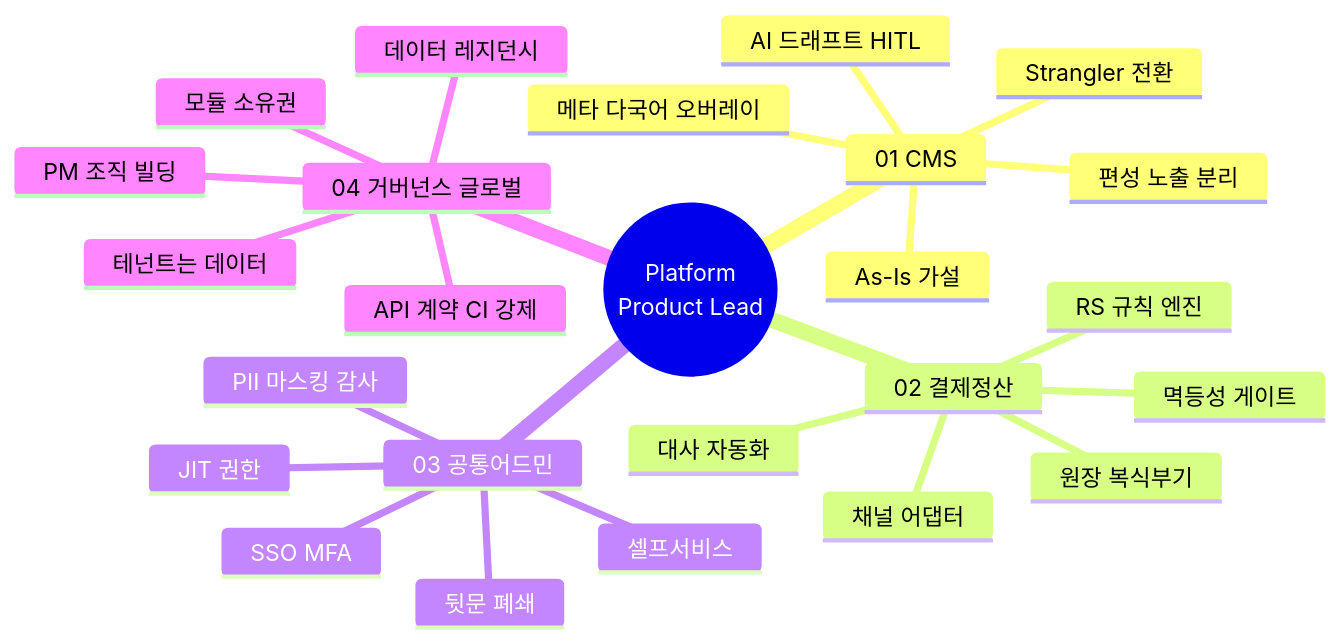
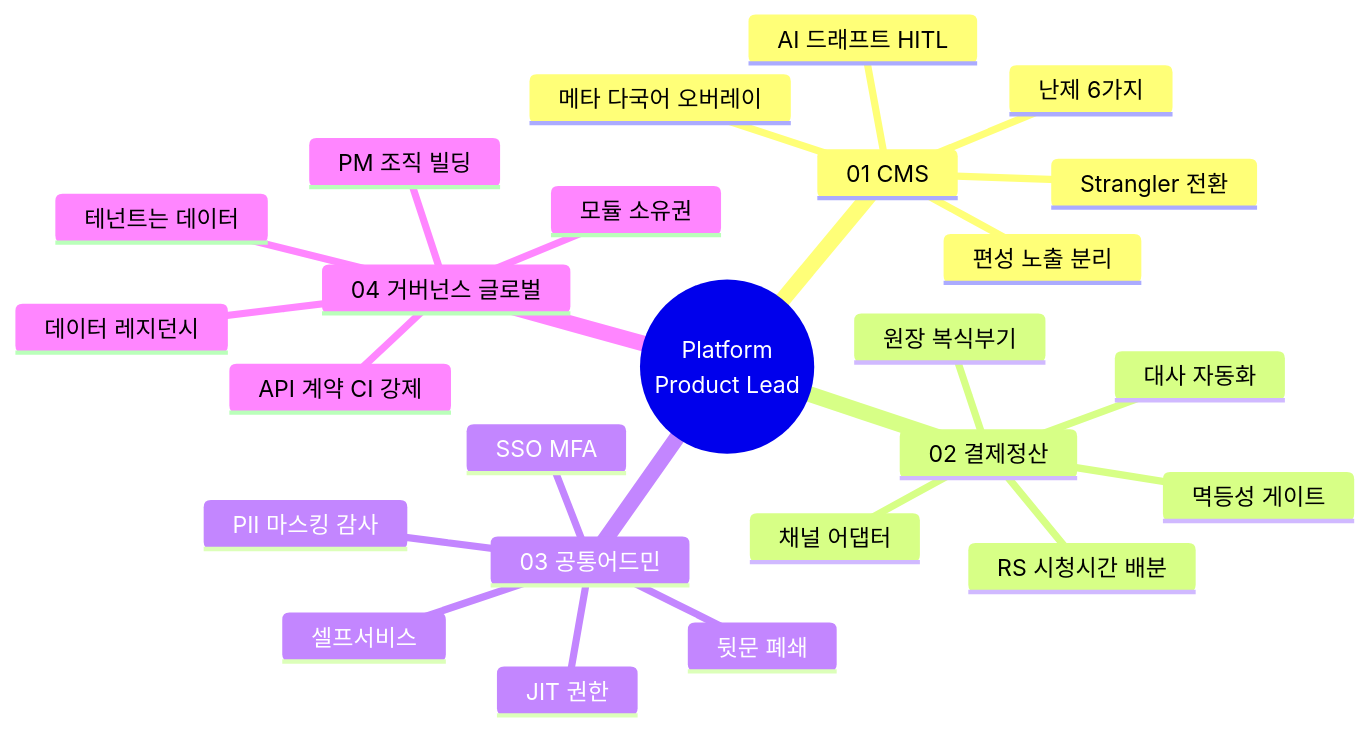
The first of 7 diagrams in pages/product-lead-loadmap/00_허브.md (withwooyong/withwooyong.github.io), drawn with Mermaid before and after one commit. The commit also changed other lines of this file and 16 other files, not shown here.

````diff
--- a/pages/product-lead-loadmap/00_허브.md
+++ b/pages/product-lead-loadmap/00_허브.md
@@ -35,28 +38,28 @@
 ```mermaid
 mindmap
   root((Platform<br/>Product Lead))
     01 CMS
-      As-Is 가설
+      난제 6가지
       메타 다국어 오버레이
       편성 노출 분리
       AI 드래프트 HITL
       Strangler 전환
     02 결제정산
       원장 복식부기
       멱등성 게이트
       채널 어댑터
-      RS 규칙 엔진
+      RS 시청시간 배분
       대사 자동화
     03 공통어드민
       SSO MFA
       JIT 권한
       PII 마스킹 감사
       셀프서비스
       뒷문 폐쇄
     04 거버넌스 글로벌
       모듈 소유권
       API 계약 CI 강제
       테넌트는 데이터
       데이터 레지던시
       PM 조직 빌딩
 ```
````
